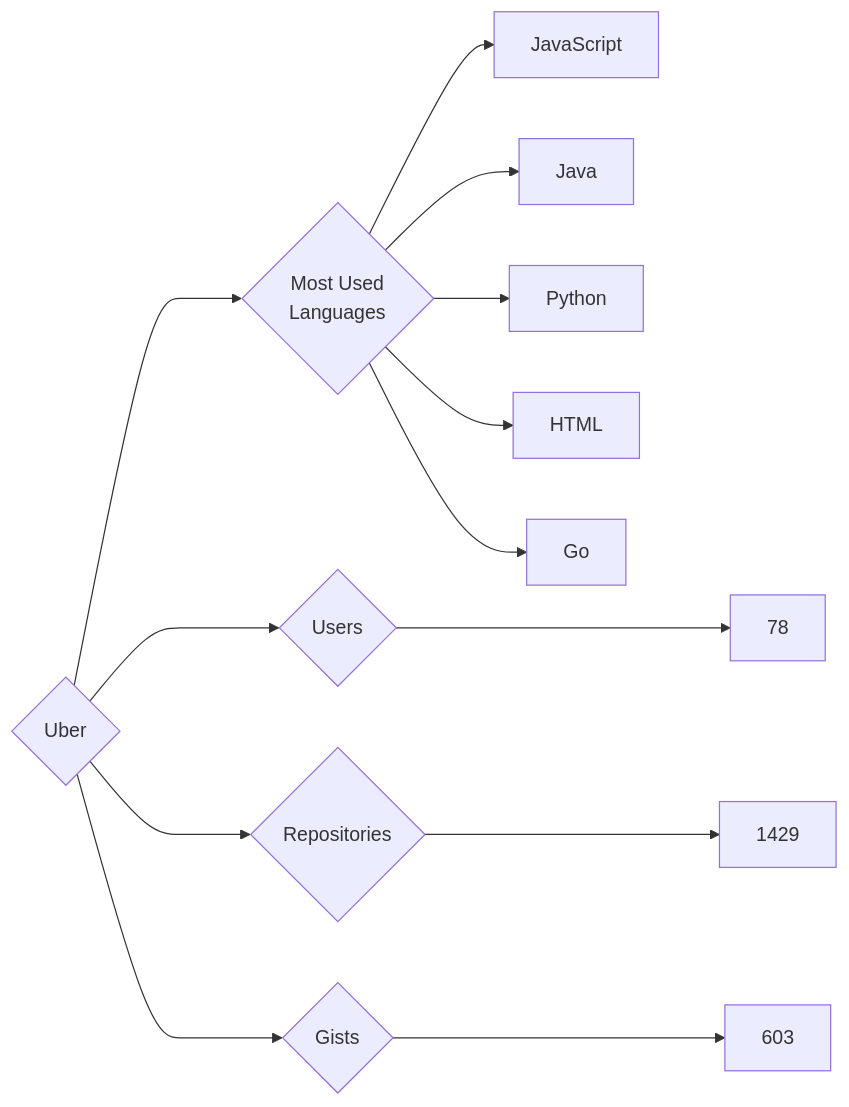
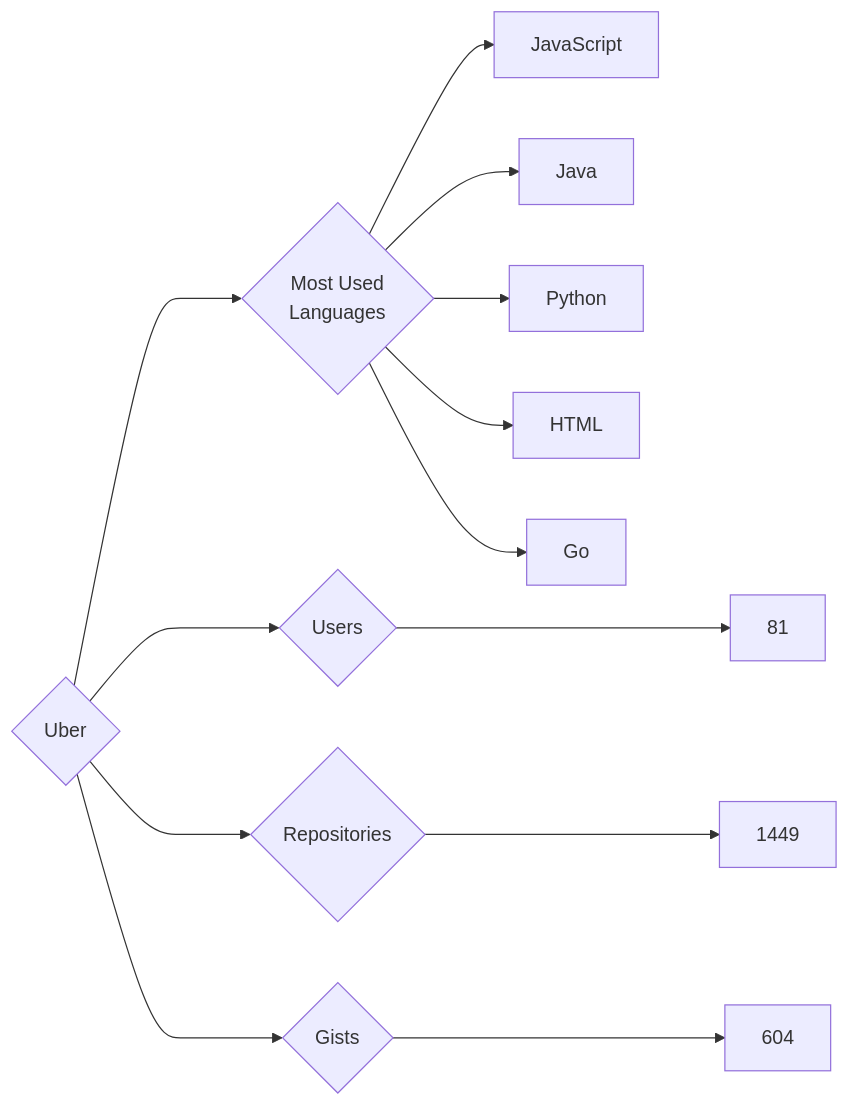
Before and after one commit to trickest/insiders: the diagram in targets/Uber/README.md, drawn with Mermaid. The commit also changed 1484 other files, not shown here.

````diff
--- a/targets/Uber/README.md
+++ b/targets/Uber/README.md
@@ -3,13 +3,13 @@
 ```mermaid
 graph LR
 COMPANY_NAME{Uber}
-COMPANY_NAME ---> U{Users} ---> UN[78]
-COMPANY_NAME ---> R{Repositories} ---> RN[1429]
-COMPANY_NAME ---> G{Gists} ---> GN[603]
+COMPANY_NAME ---> U{Users} ---> UN[81]
+COMPANY_NAME ---> R{Repositories} ---> RN[1449]
+COMPANY_NAME ---> G{Gists} ---> GN[604]
 COMPANY_NAME ---> ML{Most Used<br>Languages}
 ML --> JavaScript[JavaScript]
 ML --> Java[Java]
 ML --> Python[Python]
 ML --> HTML[HTML]
 ML --> Go[Go]
 ```
````
